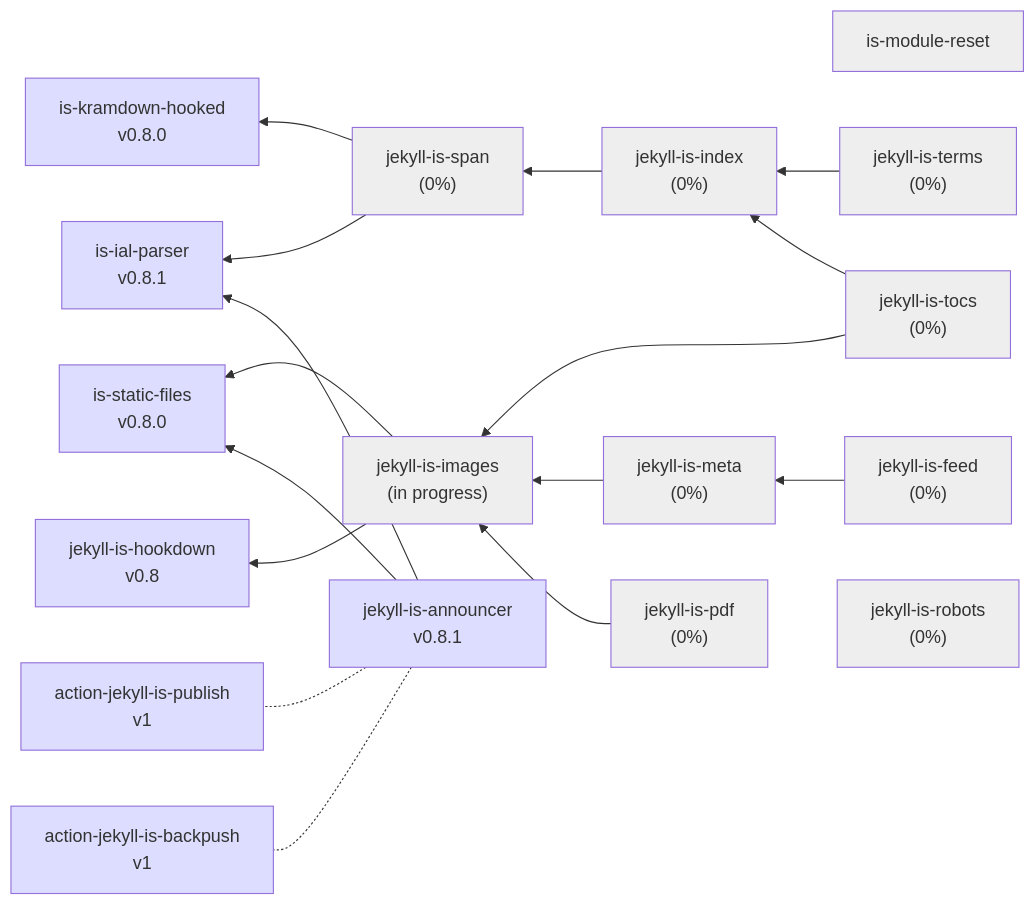
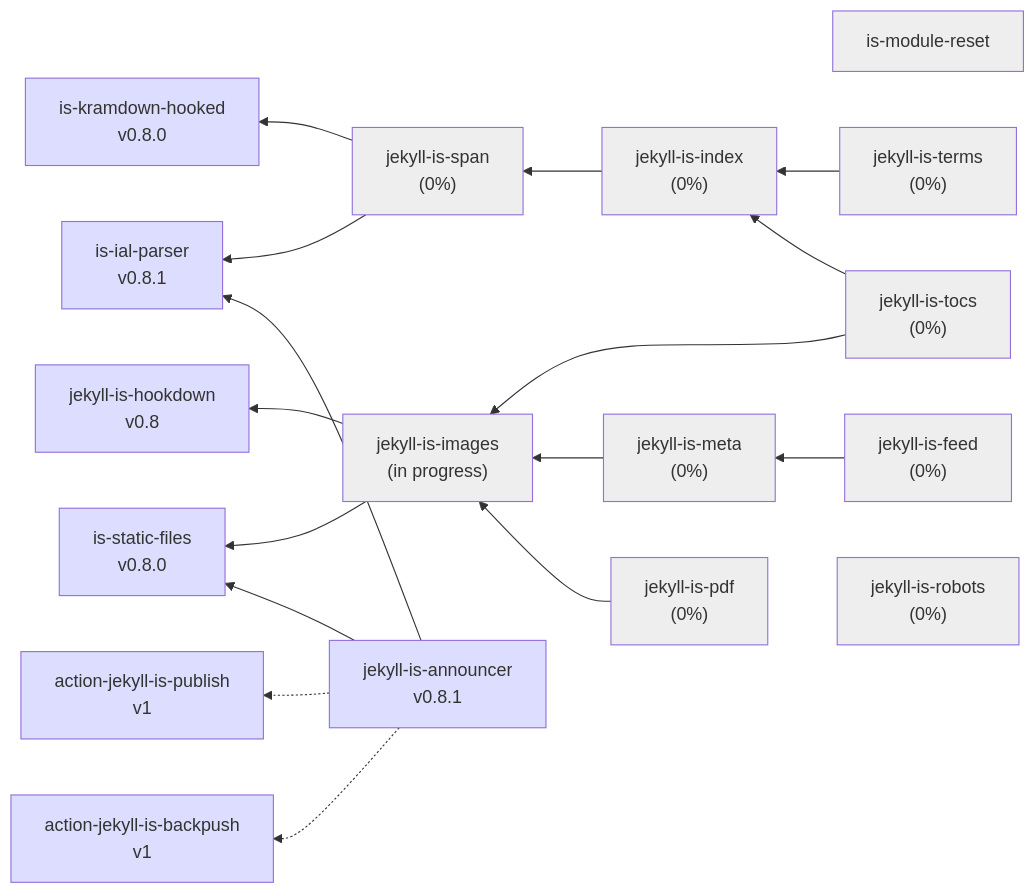
The diagram in profile/README.md (jekyll-is/.github), drawn with Mermaid before and after one commit.

````diff
--- a/profile/README.md
+++ b/profile/README.md
@@ -7,67 +7,66 @@
 ```mermaid
 graph RL
   kramdown["is-kramdown-hooked<br>v0.8.0"]
   hookdown["jekyll-is-hookdown<br>v0.8"]
   ial["is-ial-parser<br>v0.8.1"]
   statics["is-static-files<br>v0.8.0"]
   reset["is-module-reset"]
   span["jekyll-is-span<br>(0%)"] --> kramdown
   span --> ial
-  images["jekyll-is-images<br>(in progress)"]
+  images["jekyll-is-images<br>(in progress)"] --> hookdown
   images --> statics
-  images --> hookdown
   index["jekyll-is-index<br>(0%)"] --> span
   abbr["jekyll-is-terms<br>(0%)"] --> index
   tocs["jekyll-is-tocs<br>(0%)"] --> images
   tocs --> index
   meta["jekyll-is-meta<br>(0%)"] --> images
   feed["jekyll-is-feed<br>(0%)"] --> meta
   robots["jekyll-is-robots<br>(0%)"]
   announcer["jekyll-is-announcer<br>v0.8.1"] --> statics
   announcer --> ial
   pdf["jekyll-is-pdf<br>(0%)"] --> images
   act-publish["action-jekyll-is-publish<br>v1"]
   act-backpush["action-jekyll-is-backpush<br>v1"]
-  announcer -.- act-publish
-  announcer -.- act-backpush
+  announcer -.-> act-publish
+  announcer -.-> act-backpush
 
 click ial "https://github.com/jekyll-is/is-ial-parser"
 click kramdown "https://github.com/jekyll-is/is-kramdown-hooked"
 click hookdown "https://github.com/jekyll-is/jekyll-is-hookdown"
 click reset "https://github.com/jekyll-is/is-module-reset"
 click announcer "https://github.com/jekyll-is/jekyll-is-announcer"
 click act-publish "https://github.com/jekyll-is/action-jekyll-is-publish"
 click act-backpush "https://github.com/jekyll-is/action-jekyll-is-backpush"
 click images "https://github.com/jekyll-is/jekyll-is-images"
 click robots "https://github.com/jekyll-is/jekyll-is-robots"
 click meta "https://github.com/jekyll-is/jekyll-is-meta"
 click pdf "https://github.com/jekyll-is/jekyll-is-pdf"
 click tocs "https://github.com/jekyll-is/jekyll-is-tocs"
 click feed "https://github.com/jekyll-is/jekyll-is-feed"
 click index "https://github.com/jekyll-is/jekyll-is-index"
 click span "https://github.com/jekyll-is/jekyll-is-span"
 click abbr "https://github.com/jekyll-is/jekyll-is-terms"
 click statics "https://github.com/jekyll-is/is-static-files"
 
 classDef green fill:#DFD
 classDef gray fill:#EEE
 classDef blue fill:#DDF
 
 class ial blue
 class kramdown blue
 class hookdown blue
 class statics blue
 class announcer blue
 class act-publish blue
 class act-backpush blue
 class images gray
 class pdf gray
 class span gray
 class index gray
 class feed gray
 class meta gray
 class robots gray
 class tocs gray
 class abbr gray
 class reset gray
 ```
````
